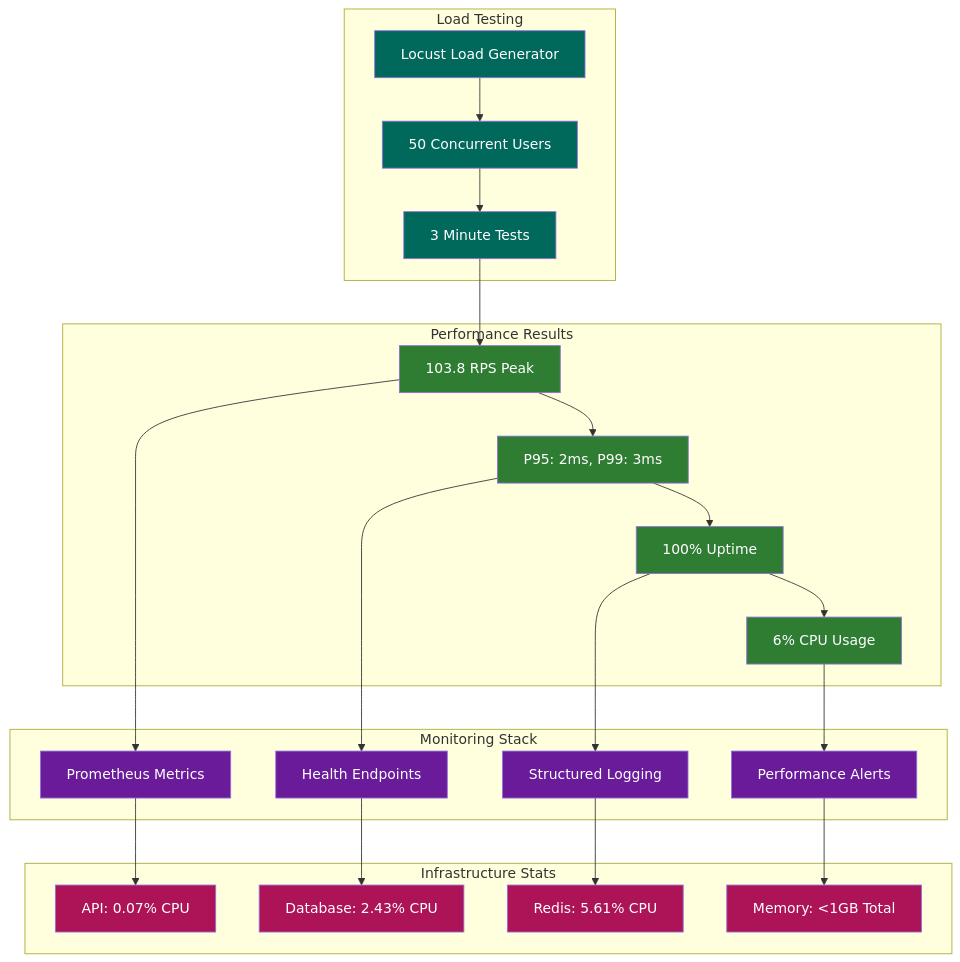
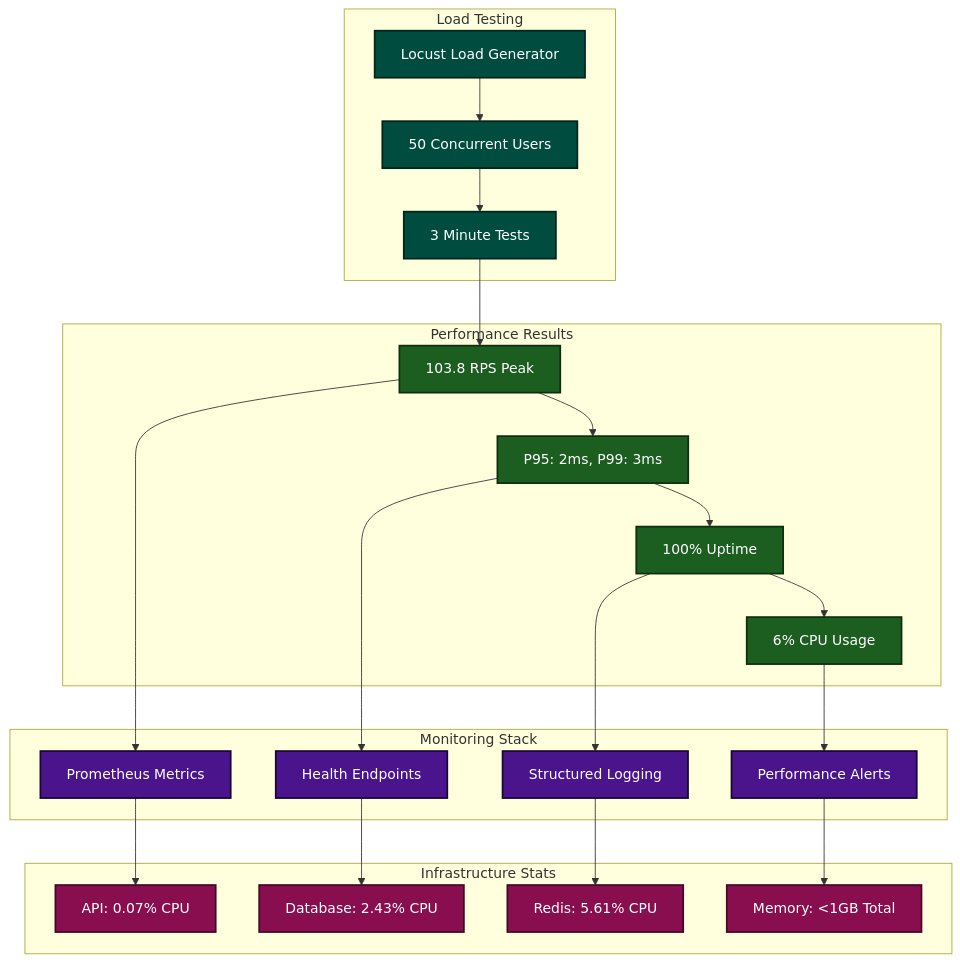
The fifth of 25 diagrams in smart-maintenance-saas/docs/SYSTEM_AND_ARCHITECTURE.md (YanCotta/enterprise_challenge_sprint_1_hermes_reply), drawn with Mermaid before and after one commit. The commit also changed other lines of this file, not shown here.

Commit message:
Add comprehensive system diagrams with darker colors for better visibility

````diff
--- a/smart-maintenance-saas/docs/SYSTEM_AND_ARCHITECTURE.md
+++ b/smart-maintenance-saas/docs/SYSTEM_AND_ARCHITECTURE.md
@@ -258,56 +258,56 @@
 ```mermaid
 flowchart TB
     subgraph "Load Testing"
         LOCUST[Locust Load Generator]
         CONCURRENT[50 Concurrent Users]
         DURATION[3 Minute Tests]
     end
 
     subgraph "Performance Results"
         THROUGHPUT[103.8 RPS Peak]
         LATENCY[P95: 2ms, P99: 3ms]
         STABILITY[100% Uptime]
         RESOURCE[6% CPU Usage]
     end
 
     subgraph "Monitoring Stack"
         PROMETHEUS[Prometheus Metrics]
         HEALTH[Health Endpoints]
         LOGS[Structured Logging]
         ALERTS[Performance Alerts]
     end
 
     subgraph "Infrastructure Stats"
         API_CONTAINER[API: 0.07% CPU]
         DB_CONTAINER[Database: 2.43% CPU]
         REDIS_CONTAINER[Redis: 5.61% CPU]
         MEMORY[Memory: <1GB Total]
     end
 
     LOCUST --> CONCURRENT
     CONCURRENT --> DURATION
     DURATION --> THROUGHPUT
     THROUGHPUT --> LATENCY
     LATENCY --> STABILITY
     STABILITY --> RESOURCE
 
     THROUGHPUT --> PROMETHEUS
     LATENCY --> HEALTH
     STABILITY --> LOGS
     RESOURCE --> ALERTS
 
     PROMETHEUS --> API_CONTAINER
     HEALTH --> DB_CONTAINER
     LOGS --> REDIS_CONTAINER
     ALERTS --> MEMORY
 
-    classDef testing fill:#00695C,color:#ffffff
-    classDef results fill:#2E7D32,color:#ffffff
-    classDef monitoring fill:#6A1B9A,color:#ffffff
-    classDef infrastructure fill:#AD1457,color:#ffffff
+    classDef testing fill:#004D40,color:#ffffff,stroke:#00251a,stroke-width:2px
+    classDef results fill:#1B5E20,color:#ffffff,stroke:#0d2f10,stroke-width:2px
+    classDef monitoring fill:#4A148C,color:#ffffff,stroke:#1a0632,stroke-width:2px
+    classDef infrastructure fill:#880E4F,color:#ffffff,stroke:#440727,stroke-width:2px
 
     class LOCUST,CONCURRENT,DURATION testing
     class THROUGHPUT,LATENCY,STABILITY,RESOURCE results
     class PROMETHEUS,HEALTH,LOGS,ALERTS monitoring
     class API_CONTAINER,DB_CONTAINER,REDIS_CONTAINER,MEMORY infrastructure
 ```
````
